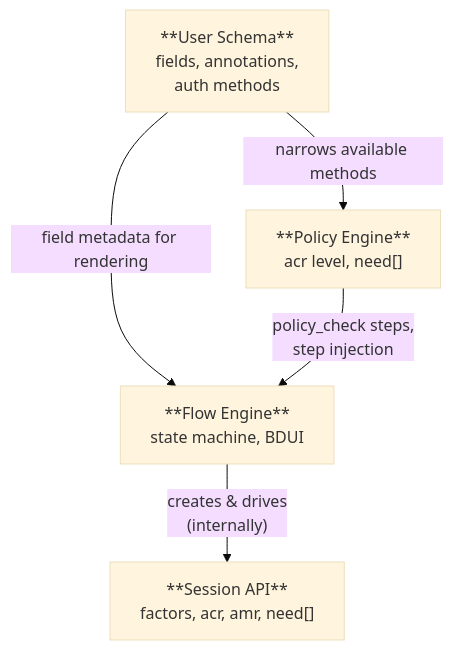
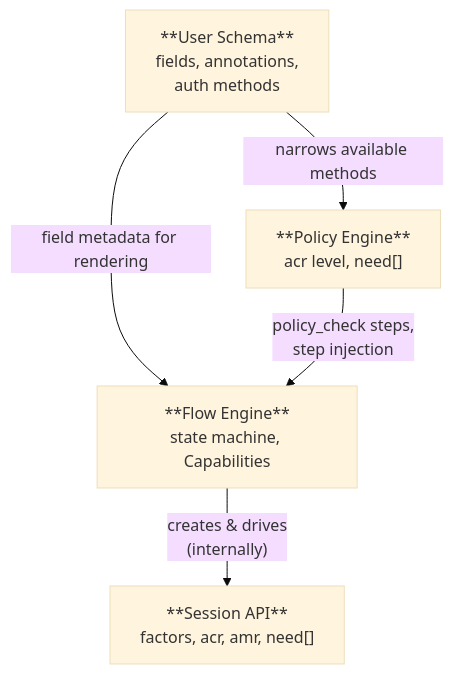
Before and after one commit to zitadel/nextgen: the diagram in docs/design/flowengine/README.md, drawn with Mermaid (base theme). The commit also changed other lines of this file and 5 other files, not shown here.

````diff
--- a/docs/design/flowengine/README.md
+++ b/docs/design/flowengine/README.md
@@ -68,12 +68,12 @@
 ```mermaid
 graph TD
     Schema["**User Schema**<br>fields, annotations,<br>auth methods"]
     Policy["**Policy Engine**<br>acr level, need[]"]
-    Flow["**Flow Engine**<br>state machine, BDUI"]
+    Flow["**Flow Engine**<br>state machine, Capabilities"]
     Session["**Session API**<br>factors, acr, amr, need[]"]
 
     Schema -- "narrows available methods" --> Policy
     Schema -- "field metadata for rendering" --> Flow
     Policy -- "policy_check steps,<br>step injection" --> Flow
     Flow -- "creates & drives<br>(internally)" --> Session
 ```
````
